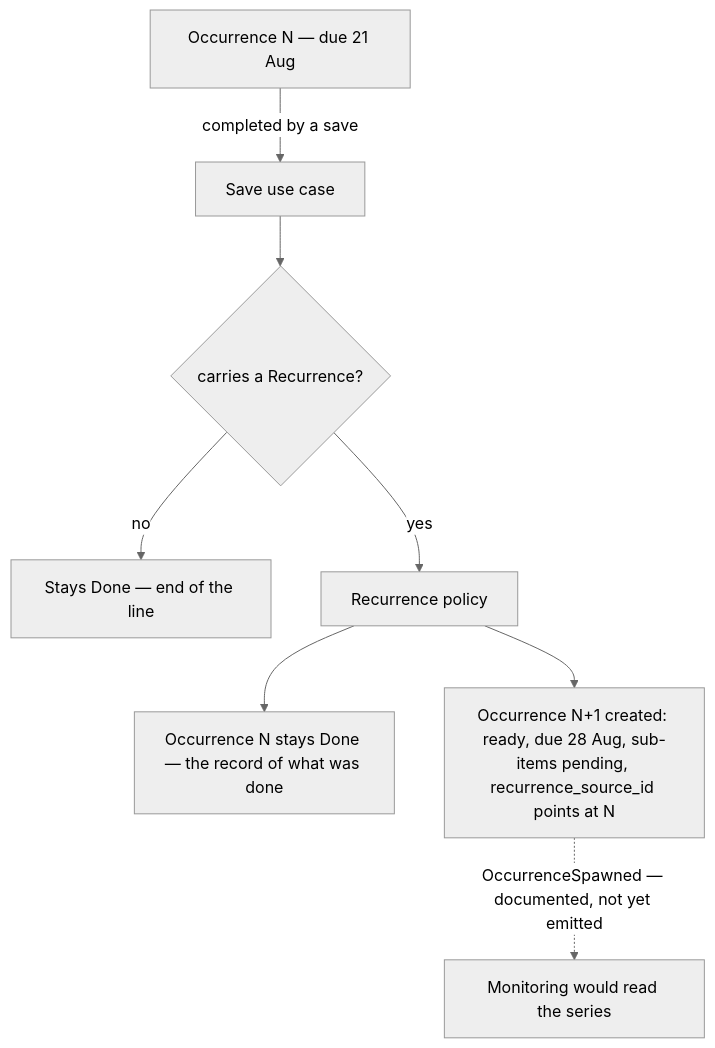
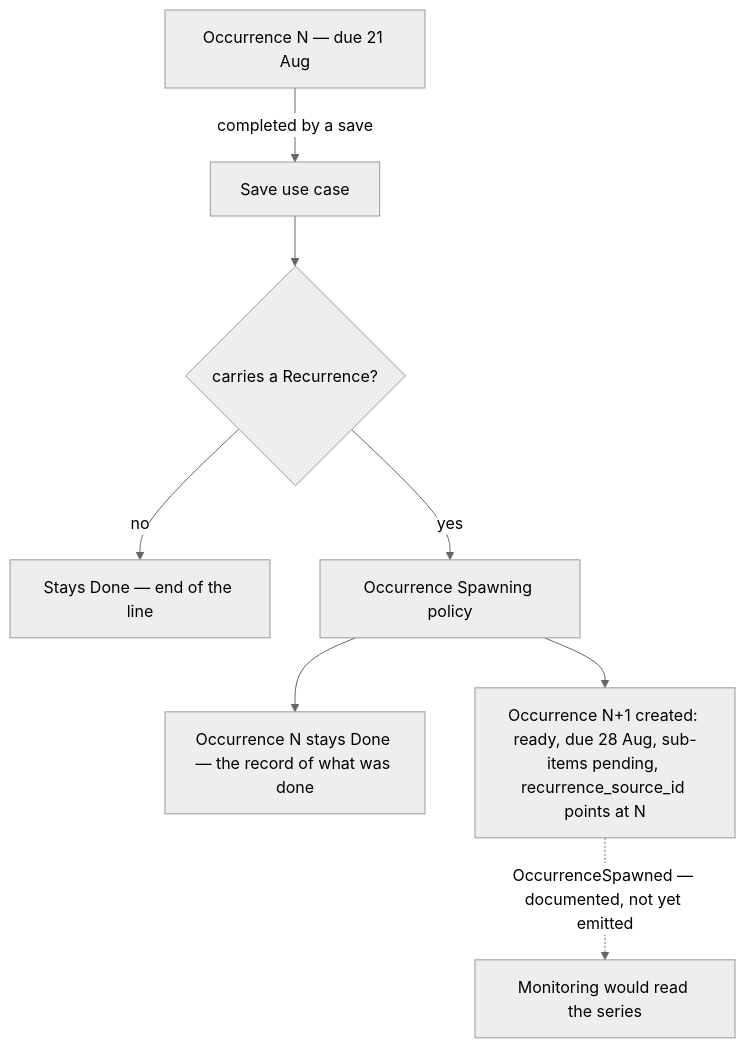
Before and after one commit to JSdotNet/Backlog: the second of 3 diagrams in .domain/backlog/flow.md, drawn with Mermaid (neutral theme). The commit also changed other lines of this file and 87 other files, not shown here.

````diff
--- a/.domain/backlog/flow.md
+++ b/.domain/backlog/flow.md
@@ -35,10 +36,10 @@
 ```mermaid
 flowchart TD
     N["Occurrence N — due 21 Aug"] -->|"completed by a save"| E["Save use case"]
     E --> Q{"carries a Recurrence?"}
     Q -->|no| S["Stays Done — end of the line"]
-    Q -->|yes| P["Recurrence policy"]
+    Q -->|yes| P["Occurrence Spawning policy"]
     P --> K["Occurrence N stays Done — the record of what was done"]
     P --> C["Occurrence N+1 created: ready, due 28 Aug, sub-items pending, recurrence_source_id points at N"]
     C -.->|"OccurrenceSpawned — documented, not yet emitted"| M["Monitoring would read the series"]
 ```
````
